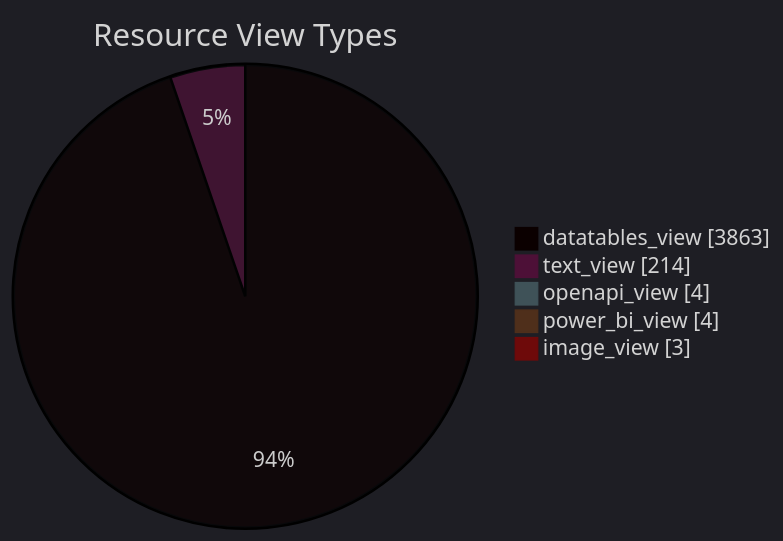
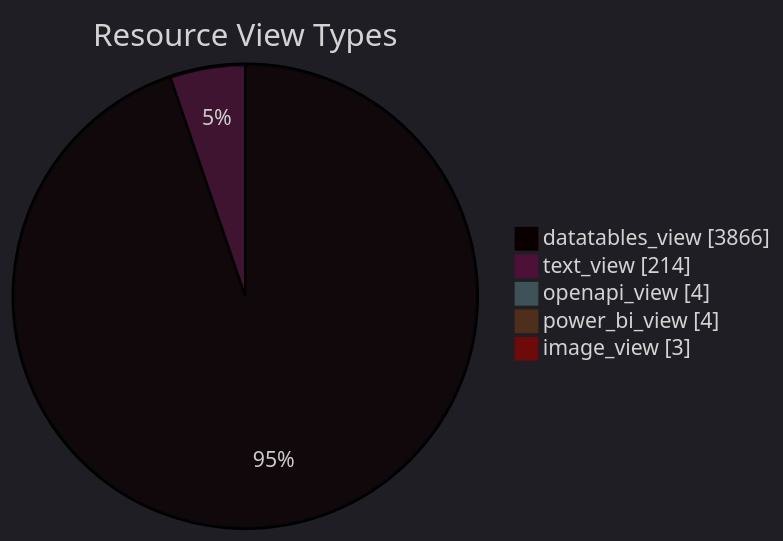
One commit to open-data/analytics-corporate-reporting changed the diagram in datastore_tracker/resource_view_types_pie_chart.md. Above: the diagram before and after it, drawn with Mermaid. The commit also changed 11 other files, not shown here.

````diff
--- a/datastore_tracker/resource_view_types_pie_chart.md
+++ b/datastore_tracker/resource_view_types_pie_chart.md
@@ -2,12 +2,12 @@
 ```mermaid
 ---
 config:
   theme: dark
 ---
 pie showData title Resource View Types
-    "datatables_view": 3863
+    "datatables_view": 3866
     "text_view": 214
     "openapi_view": 4
     "power_bi_view": 4
     "image_view": 3
 ```
````
